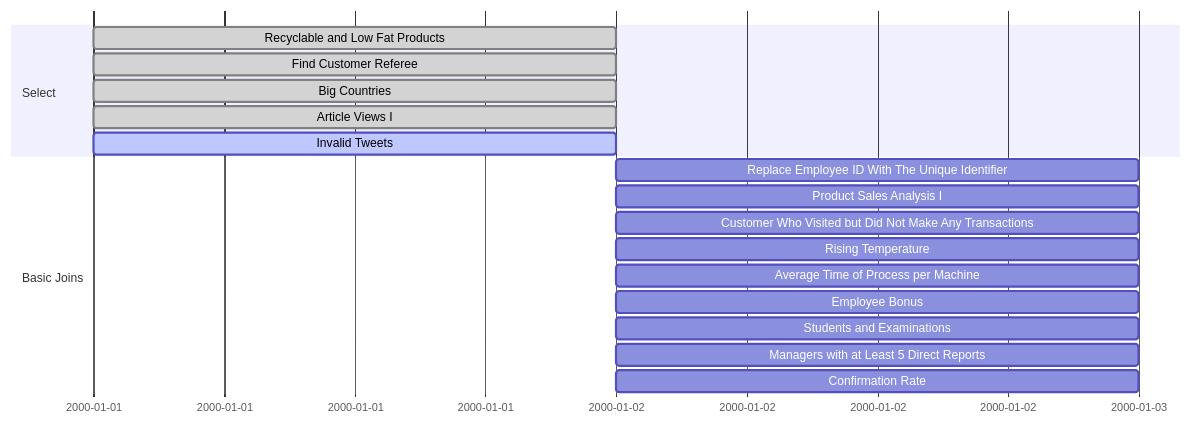
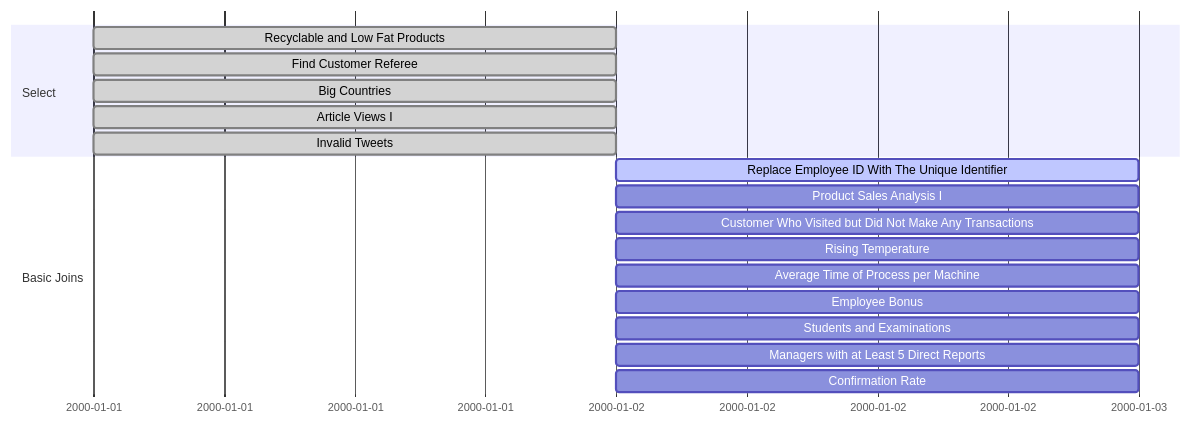
One commit to kizzandev/LeetCode changed the third of 3 diagrams in README.md. Above: the diagram before and after it, drawn with Mermaid. The commit also changed 4 other files, not shown here.

First line of the commit message:
SQL: Solution for Invalid Tweets

````diff
--- a/README.md
+++ b/README.md
@@ -62,20 +62,20 @@
 ```mermaid
 gantt
     section Select
     Recyclable and Low Fat Products: done,   a0, 2000-01-01, 1d
     Find Customer Referee          : done,   a , 2000-01-01, 1d
     Big Countries                  : done,   a , 2000-01-01, 1d
     Article Views I                : done,   a , 2000-01-01, 1d
-    Invalid Tweets                 : active, a , 2000-01-01, 1d
+    Invalid Tweets                 : done,   a , 2000-01-01, 1d
 
     section Basic Joins
-    Replace Employee ID With The Unique Identifier        :         a1, after a0, 1d
+    Replace Employee ID With The Unique Identifier        : active, a1, after a0, 1d
     Product Sales Analysis I                              :         a , after a0, 1d
     Customer Who Visited but Did Not Make Any Transactions:         a , after a0, 1d
     Rising Temperature                                    :         a , after a0, 1d
     Average Time of Process per Machine                   :         a , after a0, 1d
     Employee Bonus                                        :         a , after a0, 1d
     Students and Examinations                             :         a , after a0, 1d
     Managers with at Least 5 Direct Reports               :         a , after a0, 1d
     Confirmation Rate                                     :         a , after a0, 1d
 ```
````
